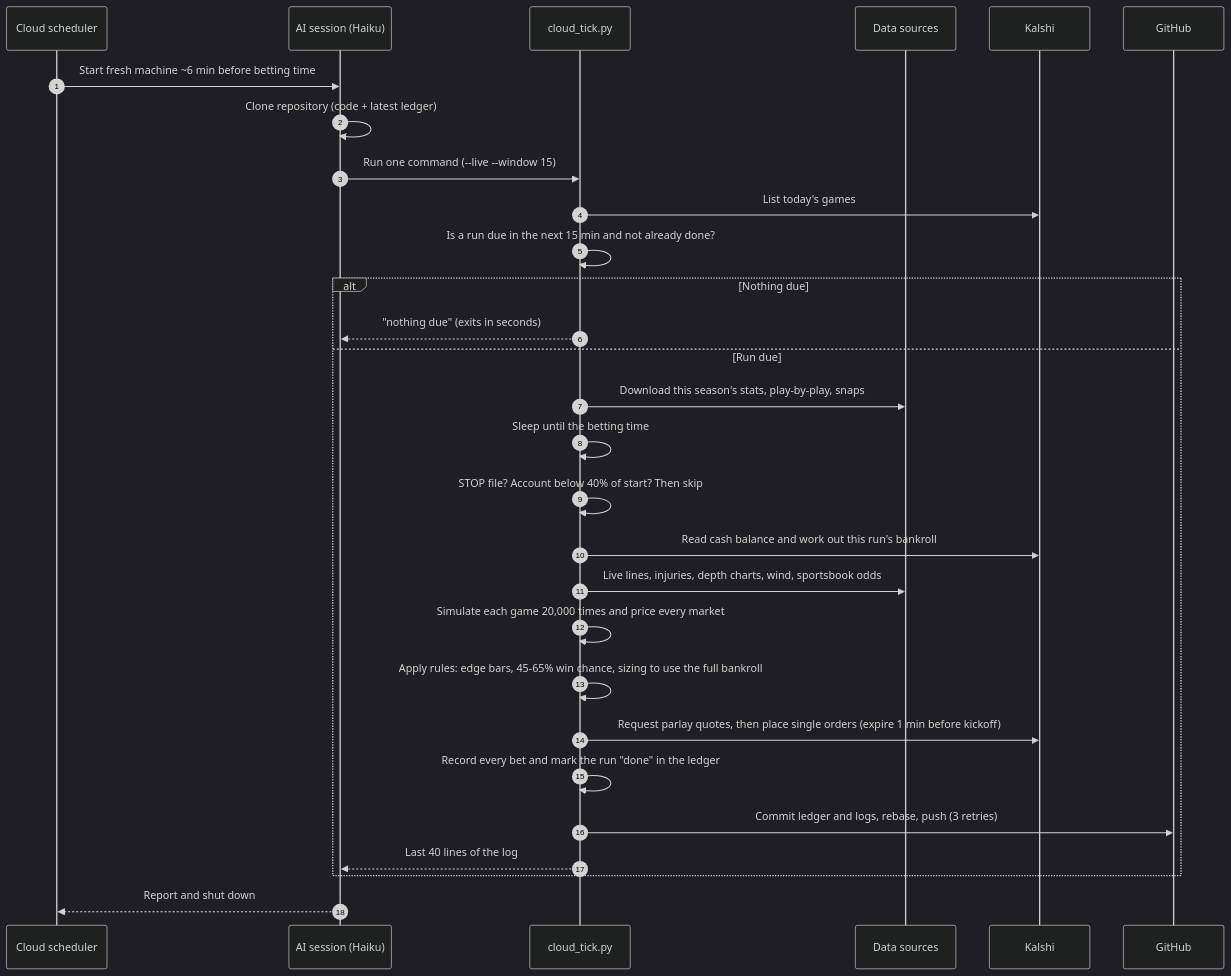
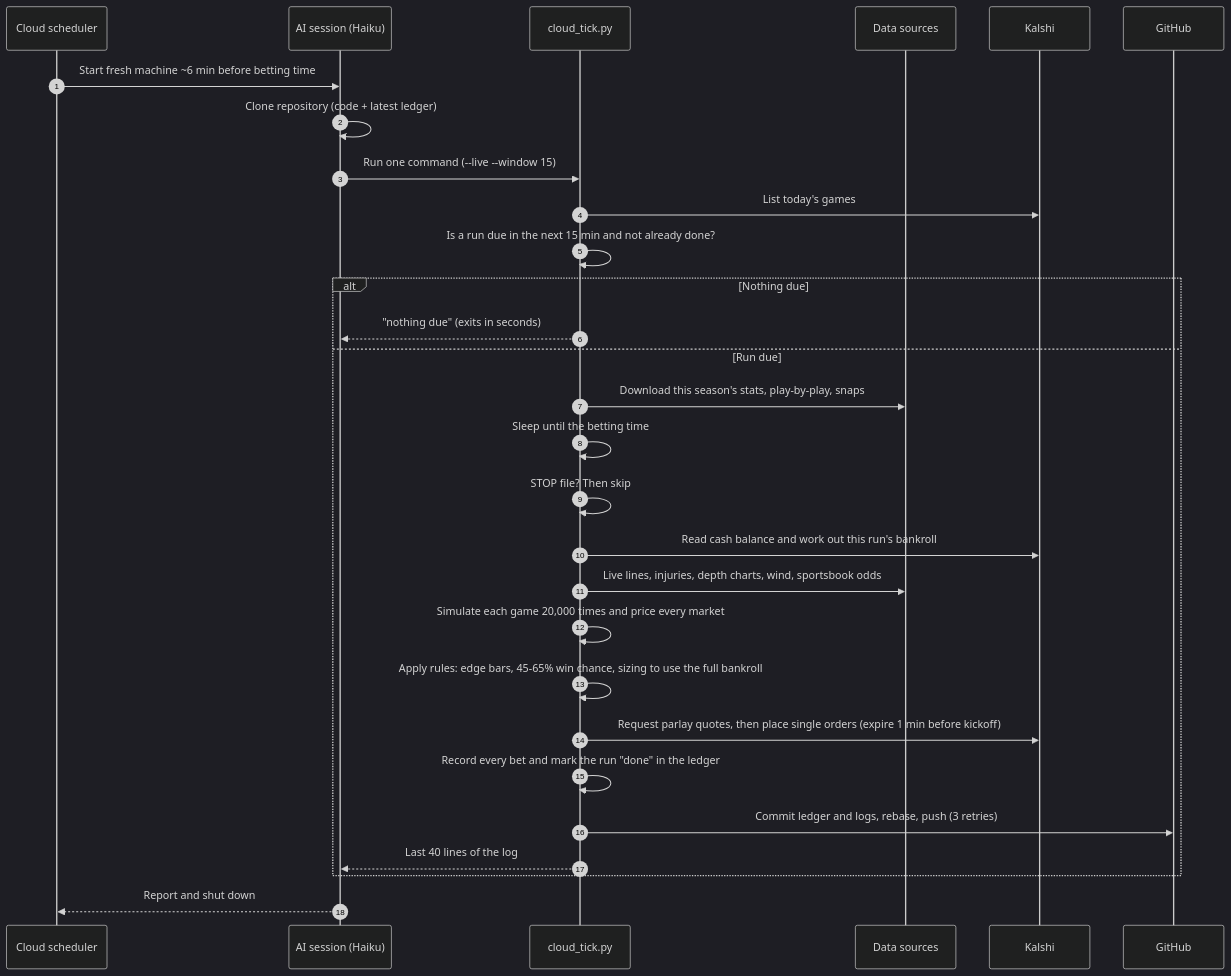
One commit to ya18101985/NFLAIStats changed the second of 4 diagrams in docs/architecture.md. Above: the diagram before and after it, drawn with Mermaid (dark theme). The commit also changed other lines of this file and 2 other files, not shown here.

First line of the commit message:
Remove the 40% account safety stop

````diff
--- a/docs/architecture.md
+++ b/docs/architecture.md
@@ -92,32 +92,32 @@
 ```mermaid
 sequenceDiagram
     autonumber
     participant S as Cloud scheduler
     participant A as AI session (Haiku)
     participant T as cloud_tick.py
     participant D as Data sources
     participant K as Kalshi
     participant G as GitHub
 
     S->>A: Start fresh machine ~6 min before betting time
     A->>A: Clone repository (code + latest ledger)
     A->>T: Run one command (--live --window 15)
     T->>K: List today's games
     T->>T: Is a run due in the next 15 min and not already done?
     alt Nothing due
         T-->>A: "nothing due" (exits in seconds)
     else Run due
         T->>D: Download this season's stats, play-by-play, snaps
         T->>T: Sleep until the betting time
-        T->>T: STOP file? Account below 40% of start? Then skip
+        T->>T: STOP file? Then skip
         T->>K: Read cash balance and work out this run's bankroll
         T->>D: Live lines, injuries, depth charts, wind, sportsbook odds
         T->>T: Simulate each game 20,000 times and price every market
         T->>T: Apply rules: edge bars, 45-65% win chance, sizing to use the full bankroll
         T->>K: Request parlay quotes, then place single orders (expire 1 min before kickoff)
         T->>T: Record every bet and mark the run "done" in the ledger
         T->>G: Commit ledger and logs, rebase, push (3 retries)
         T-->>A: Last 40 lines of the log
     end
     A-->>S: Report and shut down
 ```
````
